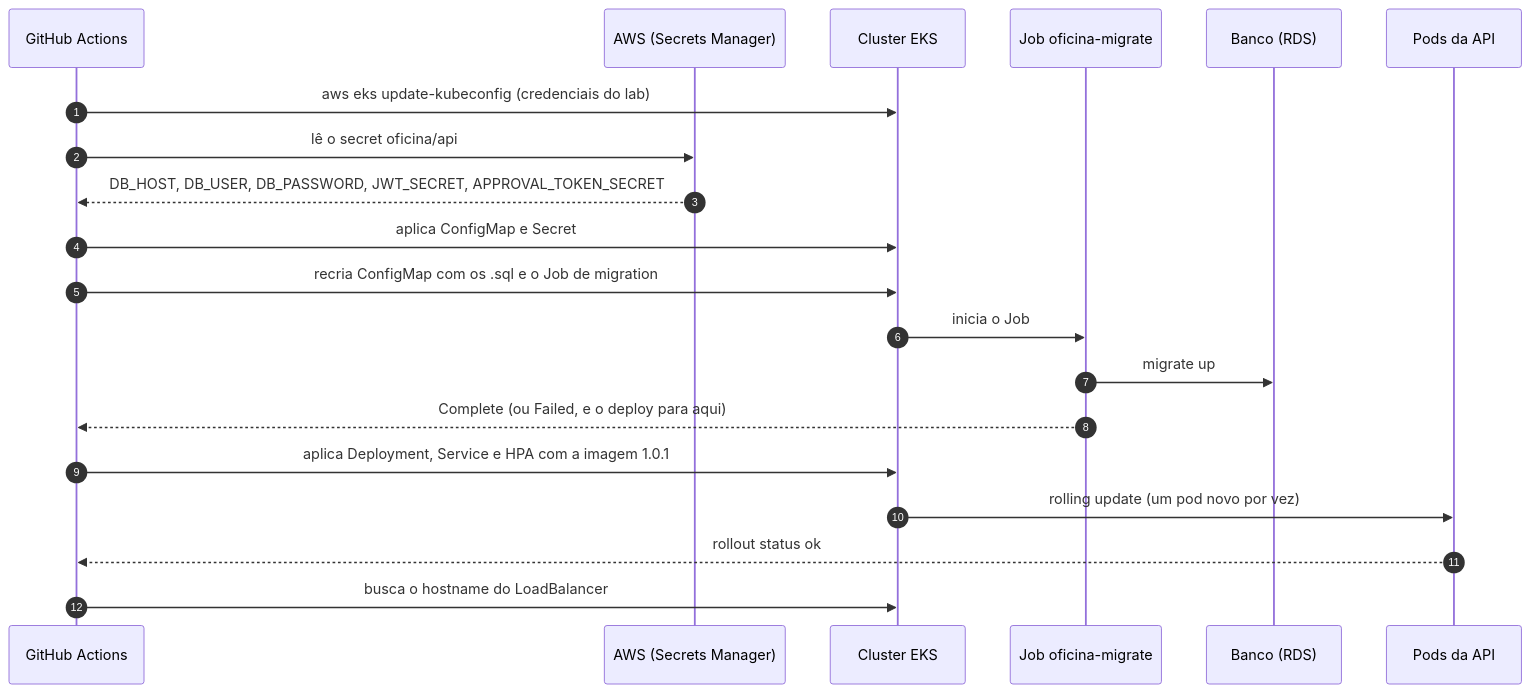
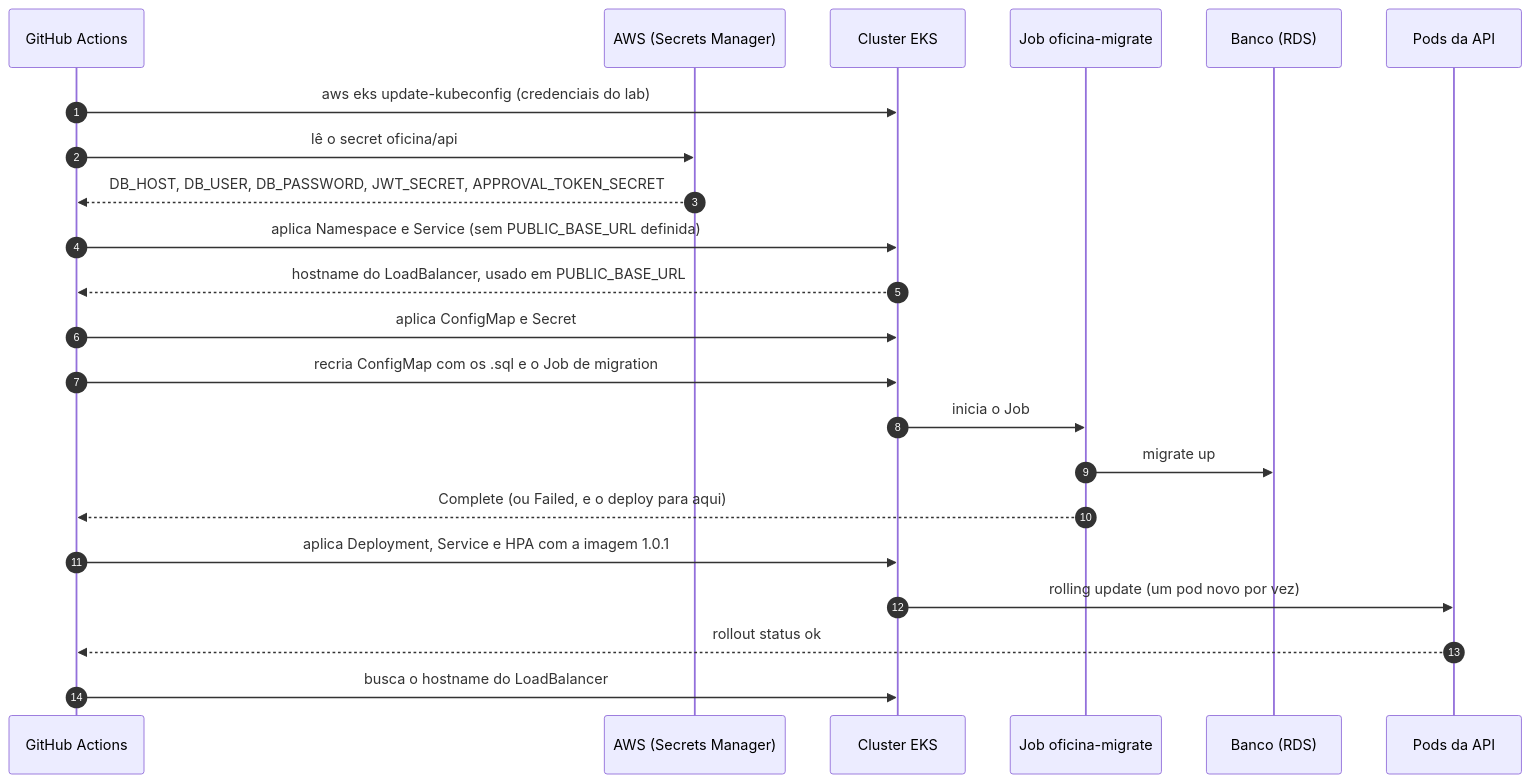
One commit to muriloperosa/soat-architecture changed the fourth of 4 diagrams in docs/CI_CD.md. Above: the diagram before and after it, drawn with Mermaid. The commit also changed other lines of this file and 5 other files, not shown here.

First line of the commit message:
ci: resolve PUBLIC_BASE_URL from the LoadBalancer hostname

````diff
--- a/docs/CI_CD.md
+++ b/docs/CI_CD.md
@@ -201,23 +201,25 @@
 ```mermaid
 sequenceDiagram
     autonumber
     participant GH as GitHub Actions
     participant AWS as AWS (Secrets Manager)
     participant K as Cluster EKS
     participant J as Job oficina-migrate
     participant DB as Banco (RDS)
     participant API as Pods da API
 
     GH->>K: aws eks update-kubeconfig (credenciais do lab)
     GH->>AWS: lê o secret oficina/api
     AWS-->>GH: DB_HOST, DB_USER, DB_PASSWORD, JWT_SECRET, APPROVAL_TOKEN_SECRET
+    GH->>K: aplica Namespace e Service (sem PUBLIC_BASE_URL definida)
+    K-->>GH: hostname do LoadBalancer, usado em PUBLIC_BASE_URL
     GH->>K: aplica ConfigMap e Secret
     GH->>K: recria ConfigMap com os .sql e o Job de migration
     K->>J: inicia o Job
     J->>DB: migrate up
     J-->>GH: Complete (ou Failed, e o deploy para aqui)
     GH->>K: aplica Deployment, Service e HPA com a imagem 1.0.1
     K->>API: rolling update (um pod novo por vez)
     API-->>GH: rollout status ok
     GH->>K: busca o hostname do LoadBalancer
 ```
````
